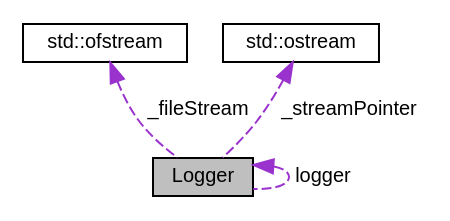
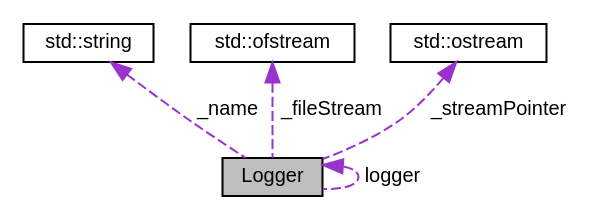
The diagram in class_logger__coll__graph.dot (MisterPeModder/Bomberman-Global-Offensive), drawn with Graphviz before and after one commit. The commit also changed 216 other files, not shown here.

Commit message:
Deploying to gh-pages from @ MisterPeModder/Bomberman-Global-Offensive@7bbb899964003cd961ebf2bcf44582d30aeb7209 🚀

```diff
--- a/class_logger__coll__graph.dot
+++ b/class_logger__coll__graph.dot
@@ -1,12 +1,14 @@
 digraph "Logger"
 {
  // LATEX_PDF_SIZE
   edge [fontname="Helvetica",fontsize="10",labelfontname="Helvetica",labelfontsize="10"];
   node [fontname="Helvetica",fontsize="10",shape=record];
   Node1 [label="Logger",height=0.2,width=0.4,color="black", fillcolor="grey75", style="filled", fontcolor="black",tooltip="Basic logger class."];
-  Node2 -> Node1 [dir="back",color="darkorchid3",fontsize="10",style="dashed",label=" _fileStream" ,fontname="Helvetica"];
-  Node2 [label="std::ofstream",height=0.2,width=0.4,color="black", fillcolor="white", style="filled",URL="/home/runner/work/Bomberman-Global-Offensive/Bomberman-Global-Offensive/doc/external/cppreference-doxygen-web.tag.xml$cpp/io/basic_ofstream.html",tooltip=" "];
+  Node2 -> Node1 [dir="back",color="darkorchid3",fontsize="10",style="dashed",label=" _name" ,fontname="Helvetica"];
+  Node2 [label="std::string",height=0.2,width=0.4,color="black", fillcolor="white", style="filled",URL="/home/runner/work/Bomberman-Global-Offensive/Bomberman-Global-Offensive/doc/external/cppreference-doxygen-web.tag.xml$cpp/string/basic_string.html",tooltip=" "];
+  Node3 -> Node1 [dir="back",color="darkorchid3",fontsize="10",style="dashed",label=" _fileStream" ,fontname="Helvetica"];
+  Node3 [label="std::ofstream",height=0.2,width=0.4,color="black", fillcolor="white", style="filled",URL="/home/runner/work/Bomberman-Global-Offensive/Bomberman-Global-Offensive/doc/external/cppreference-doxygen-web.tag.xml$cpp/io/basic_ofstream.html",tooltip=" "];
   Node1 -> Node1 [dir="back",color="darkorchid3",fontsize="10",style="dashed",label=" logger" ,fontname="Helvetica"];
-  Node3 -> Node1 [dir="back",color="darkorchid3",fontsize="10",style="dashed",label=" _streamPointer" ,fontname="Helvetica"];
-  Node3 [label="std::ostream",height=0.2,width=0.4,color="black", fillcolor="white", style="filled",URL="/home/runner/work/Bomberman-Global-Offensive/Bomberman-Global-Offensive/doc/external/cppreference-doxygen-web.tag.xml$cpp/io/basic_ostream.html",tooltip=" "];
+  Node4 -> Node1 [dir="back",color="darkorchid3",fontsize="10",style="dashed",label=" _streamPointer" ,fontname="Helvetica"];
+  Node4 [label="std::ostream",height=0.2,width=0.4,color="black", fillcolor="white", style="filled",URL="/home/runner/work/Bomberman-Global-Offensive/Bomberman-Global-Offensive/doc/external/cppreference-doxygen-web.tag.xml$cpp/io/basic_ostream.html",tooltip=" "];
 }
```
